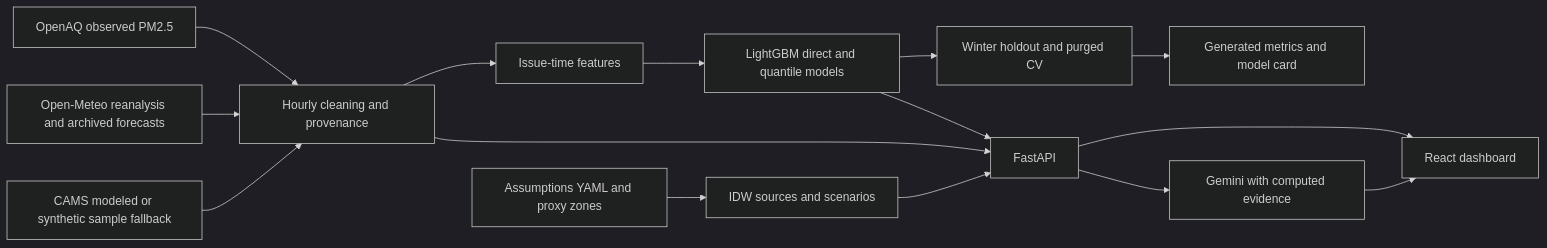
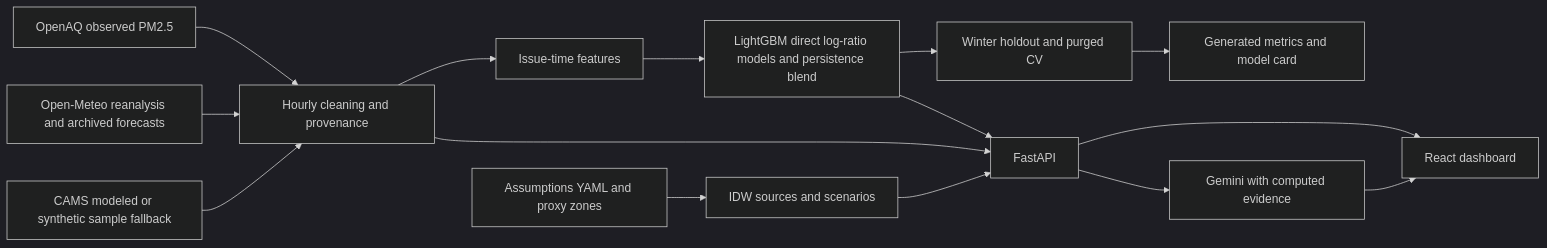
The diagram in README.md (RajvardhanPatil07/AirTwin), drawn with Mermaid (dark theme) before and after one commit. The commit also changed other lines of this file and 18 other files, not shown here.

````diff
--- a/README.md
+++ b/README.md
@@ -173,17 +175,17 @@
 ```mermaid
 flowchart LR
   OBS[OpenAQ observed PM2.5] --> DATA[Hourly cleaning and provenance]
   WEATHER[Open-Meteo reanalysis and archived forecasts] --> DATA
   FALLBACK[CAMS modeled or synthetic sample fallback] --> DATA
   DATA --> FEAT[Issue-time features]
-  FEAT --> ML[LightGBM direct and quantile models]
+  FEAT --> ML[LightGBM direct log-ratio models and persistence blend]
   ML --> TEST[Winter holdout and purged CV]
   TEST --> CARD[Generated metrics and model card]
   ML --> API[FastAPI]
   DATA --> API
   CONFIG[Assumptions YAML and proxy zones] --> SIM[IDW sources and scenarios]
   SIM --> API
   API --> UI[React dashboard]
   API --> EXPLAIN[Gemini with computed evidence]
   EXPLAIN --> UI
 ```
````
